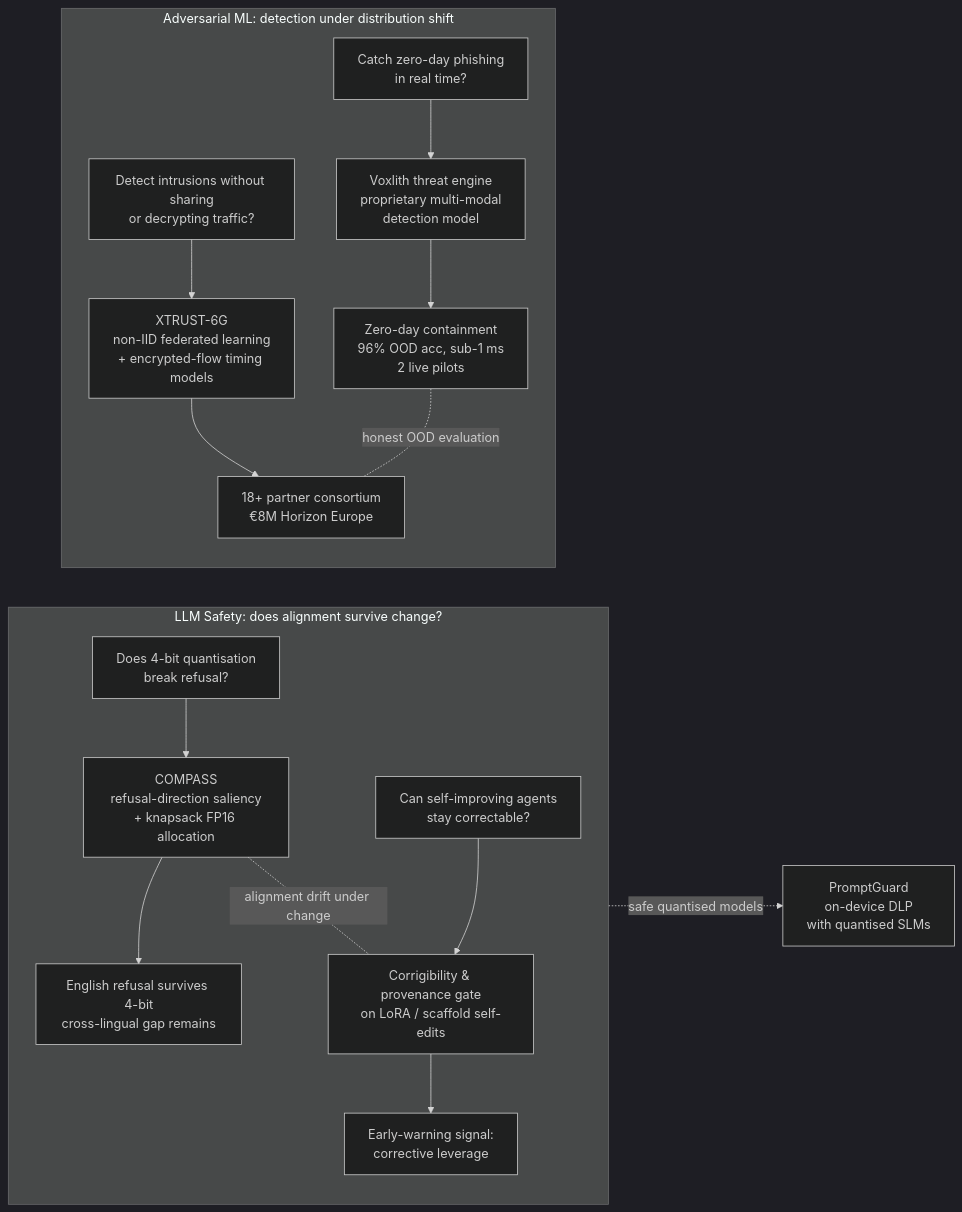
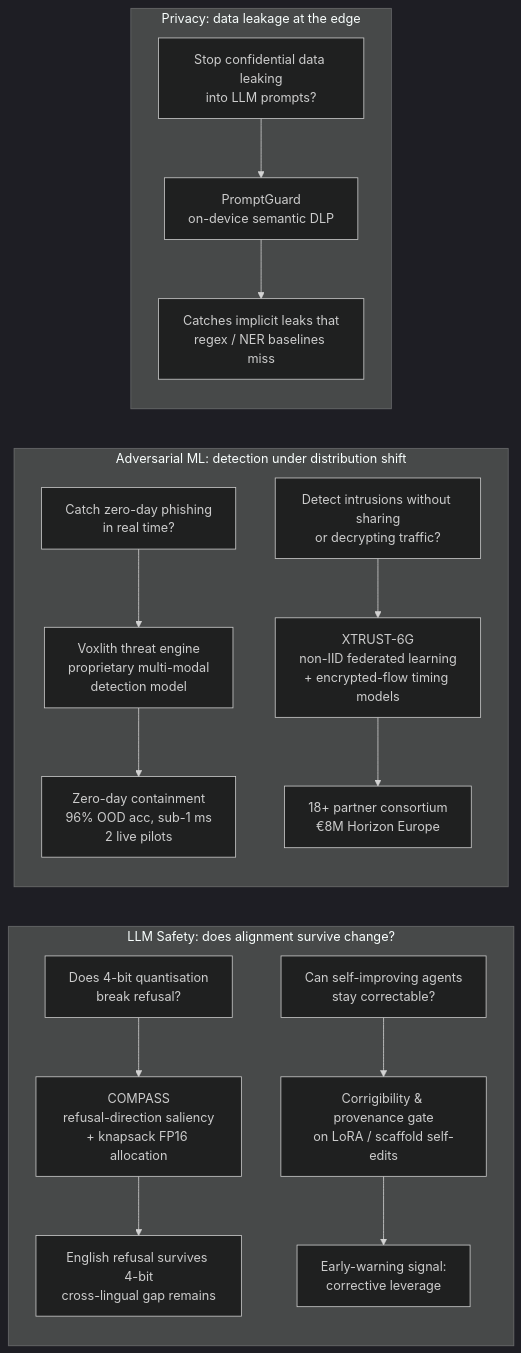
One commit to AmazingKid1998/AmazingKid1998 changed the first of 3 diagrams in README.md. Above: the diagram before and after it, drawn with Mermaid (dark theme). The commit also changed other lines of this file, not shown here.

First line of the commit message:
Enhance README with privacy subgraph and notation updates

````diff
--- a/README.md
+++ b/README.md
@@ -25,18 +25,19 @@
 ```mermaid
 flowchart LR
     subgraph S["LLM Safety: does alignment survive change?"]
         direction TB
         Q1["Does 4-bit quantisation<br/>break refusal?"] --> M1["COMPASS<br/>refusal-direction saliency<br/>+ knapsack FP16 allocation"] --> R1["English refusal survives 4-bit<br/>cross-lingual gap remains"]
         Q2["Can self-improving agents<br/>stay correctable?"] --> M2["Corrigibility & provenance gate<br/>on LoRA / scaffold self-edits"] --> R2["Early-warning signal:<br/>corrective leverage"]
     end
 
     subgraph D["Adversarial ML: detection under distribution shift"]
         direction TB
         Q3["Catch zero-day phishing<br/>in real time?"] --> M3["Voxlith threat engine<br/>proprietary multi-modal<br/>detection model"] --> R3["Zero-day containment<br/>96% OOD acc, sub-1 ms<br/>2 live pilots"]
         Q4["Detect intrusions without sharing<br/>or decrypting traffic?"] --> M4["XTRUST-6G<br/>non-IID federated learning<br/>+ encrypted-flow timing models"] --> R4["18+ partner consortium<br/>€8M Horizon Europe"]
     end
 
-    M1 -. alignment drift under change .- M2
-    R3 -. honest OOD evaluation .- R4
-    M1 -. safe quantised models .-> P["PromptGuard<br/>on-device DLP<br/>with quantised SLMs"]
+    subgraph PR["Privacy: data leakage at the edge"]
+        direction TB
+        Q5["Stop confidential data leaking<br/>into LLM prompts?"] --> M5["PromptGuard<br/>on-device semantic DLP"] --> R5["Catches implicit leaks that<br/>regex / NER baselines miss"]
+    end
 ```
````
